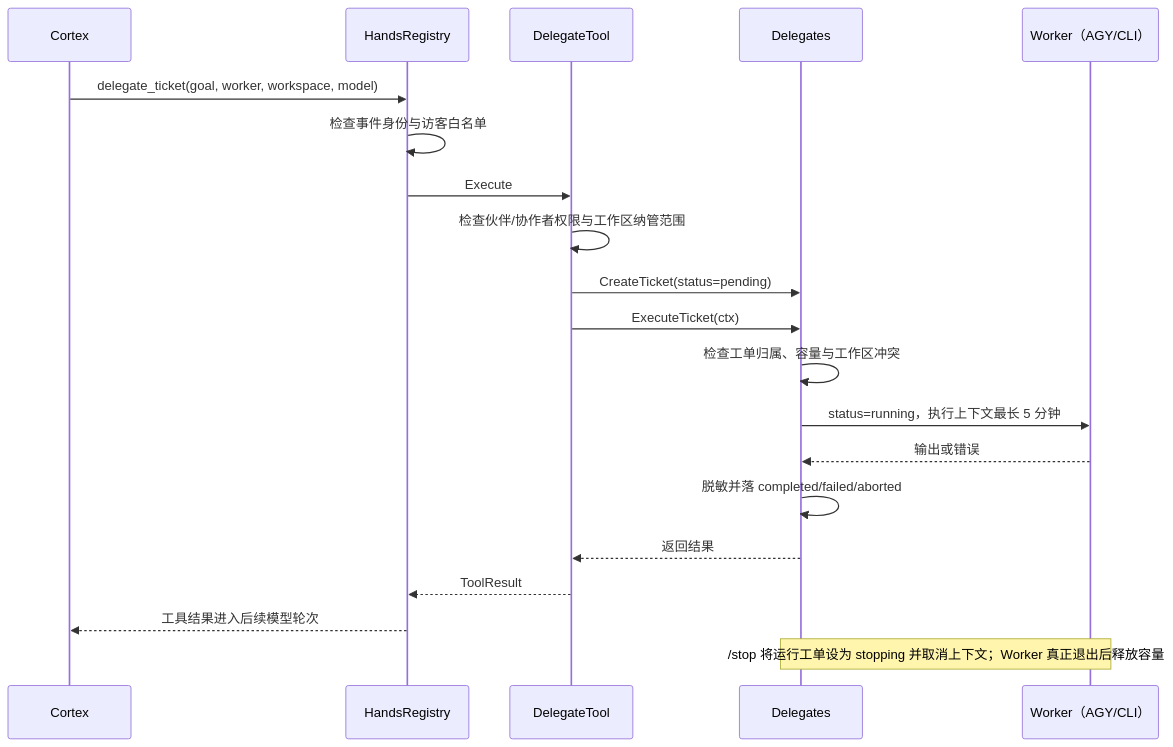
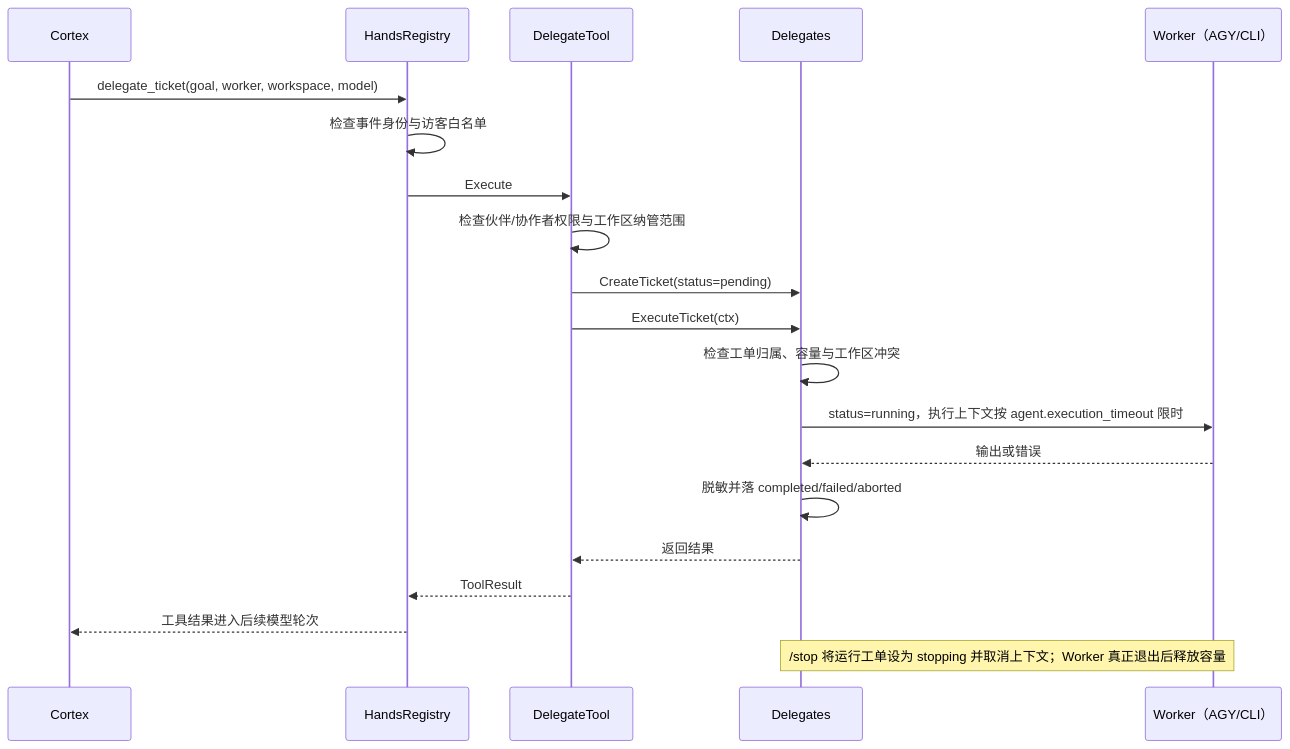
One commit to Ruixi-rebirth/daidai changed the first of 2 diagrams in docs/workflow/agents.md. Above: the diagram before and after it, drawn with Mermaid. The commit also changed other lines of this file and 62 other files, not shown here.

````diff
--- a/docs/workflow/agents.md
+++ b/docs/workflow/agents.md
@@ -5,22 +5,22 @@
 ```mermaid
 sequenceDiagram
     participant C as Cortex
     participant H as HandsRegistry
     participant T as DelegateTool
     participant D as Delegates
     participant W as Worker（AGY/CLI）
     C->>H: delegate_ticket(goal, worker, workspace, model)
     H->>H: 检查事件身份与访客白名单
     H->>T: Execute
     T->>T: 检查伙伴/协作者权限与工作区纳管范围
     T->>D: CreateTicket(status=pending)
     T->>D: ExecuteTicket(ctx)
     D->>D: 检查工单归属、容量与工作区冲突
-    D->>W: status=running，执行上下文最长 5 分钟
+    D->>W: status=running，执行上下文按 agent.execution_timeout 限时
     W-->>D: 输出或错误
     D->>D: 脱敏并落 completed/failed/aborted
     D-->>T: 返回结果
     T-->>H: ToolResult
     H-->>C: 工具结果进入后续模型轮次
     Note over D,W: /stop 将运行工单设为 stopping 并取消上下文；Worker 真正退出后释放容量
 ```
````
